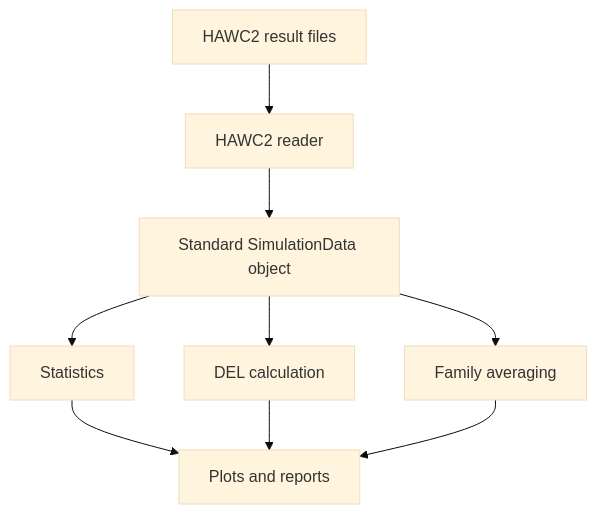
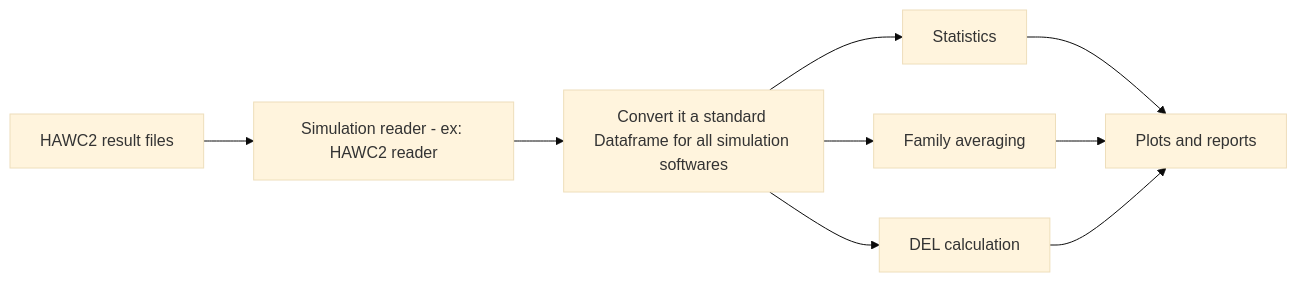
One commit to arash7444/load-arena changed the diagram in docs/tool_design.md. Above: the diagram before and after it, drawn with Mermaid (base theme). The commit also changed other lines of this file and 5 other files, not shown here.

````diff
--- a/docs/tool_design.md
+++ b/docs/tool_design.md
@@ -11,12 +11,12 @@
 ```mermaid
-flowchart TD
+flowchart LR
 
-    A[HAWC2 result files] --> B[HAWC2 reader]
-    B --> C[Standard SimulationData object]
+    A[HAWC2 result files] --> B[Simulation reader - ex: HAWC2 reader]
+    B --> C[Convert it a standard Dataframe for all simulation softwares]
     C --> D[Statistics]
-    C --> E[DEL calculation]
-    C --> F[Family averaging]
+    C --> E[Family averaging]
+    C --> F[DEL calculation]
     D --> G[Plots and reports]
     E --> G
     F --> G
 ```
````
